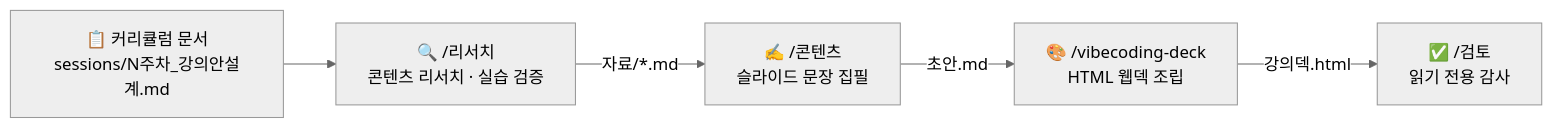
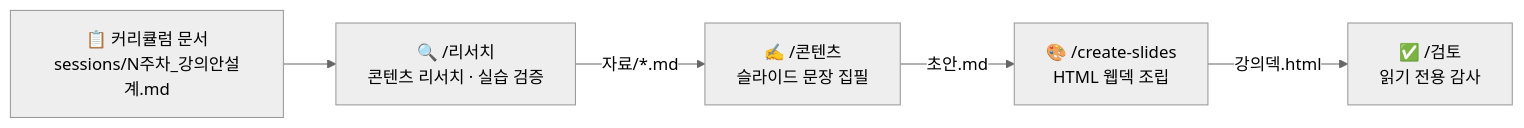
The diagram in README.md (SKUnohtaekyung/lecture-deck-pipeline), drawn with Mermaid (neutral theme) before and after one commit. The commit also changed other lines of this file and 39 other files, not shown here.

First line of the commit message:
refactor(cs-p2): rename skill to create-slides

````diff
--- a/README.md
+++ b/README.md
@@ -78,7 +78,7 @@
 ```mermaid
 flowchart LR
     A["📋 커리큘럼 문서\nsessions/N주차_강의안설계.md"] --> B["🔍 /리서치\n콘텐츠 리서치 · 실습 검증"]
     B -->|"자료/*.md"| C["✍️ /콘텐츠\n슬라이드 문장 집필"]
-    C -->|"초안.md"| D["🎨 /vibecoding-deck\nHTML 웹덱 조립"]
+    C -->|"초안.md"| D["🎨 /create-slides\nHTML 웹덱 조립"]
     D -->|"강의덱.html"| E["✅ /검토\n읽기 전용 감사"]
 ```
````
